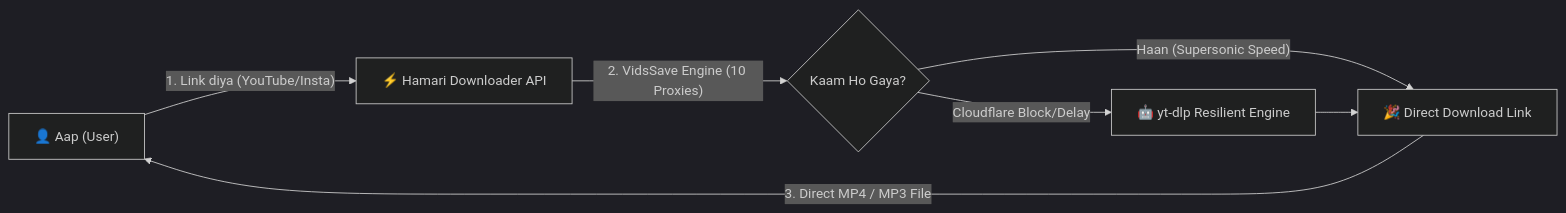
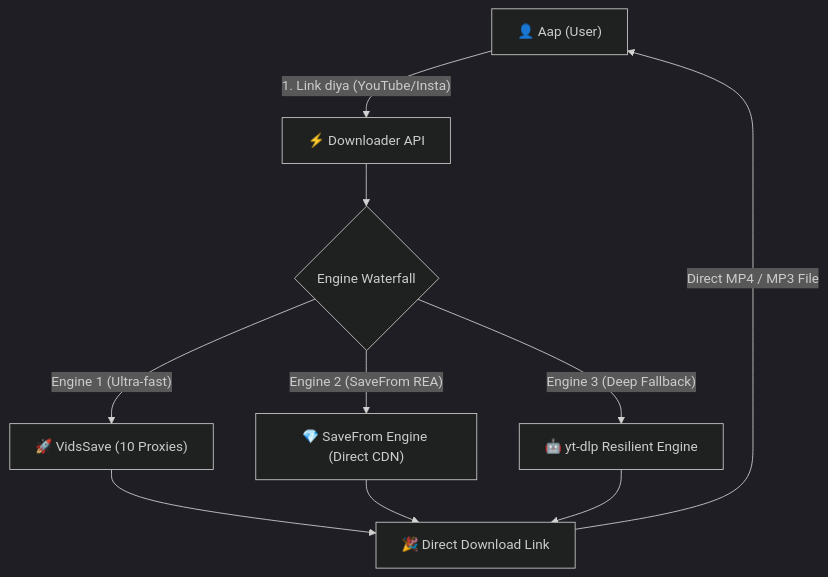
One commit to desianandyt/down-api changed the diagram in README.md. Above: the diagram before and after it, drawn with Mermaid (dark theme). The commit also changed other lines of this file and 11 other files, not shown here.

Commit message:
feat: integrate SaveFrom engine via REA with automatic signature bypass and multi-engine waterfall

````diff
--- a/README.md
+++ b/README.md
@@ -21,9 +21,12 @@
 ```mermaid
-flowchart LR
-    A["👤 Aap (User)"] -->|"1. Link diya (YouTube/Insta)"| B["⚡ Hamari Downloader API"]
-    B -->|"2. VidsSave Engine (10 Proxies)"| C{"Kaam Ho Gaya?"}
-    C -->|"Haan (Supersonic Speed)"| E["🎉 Direct Download Link"]
-    C -->|"Cloudflare Block/Delay"| D["🤖 yt-dlp Resilient Engine"]
-    D --> E
-    E -->|"3. Direct MP4 / MP3 File"| A
+flowchart TD
+    A["👤 Aap (User)"] -->|"1. Link diya (YouTube/Insta)"| B["⚡ Downloader API"]
+    B --> C{"Engine Waterfall"}
+    C -->|"Engine 1 (Ultra-fast)"| D["🚀 VidsSave (10 Proxies)"]
+    C -->|"Engine 2 (SaveFrom REA)"| E["💎 SaveFrom Engine (Direct CDN)"]
+    C -->|"Engine 3 (Deep Fallback)"| F["🤖 yt-dlp Resilient Engine"]
+    D --> G["🎉 Direct Download Link"]
+    E --> G
+    F --> G
+    G -->|"Direct MP4 / MP3 File"| A
 ```
````
